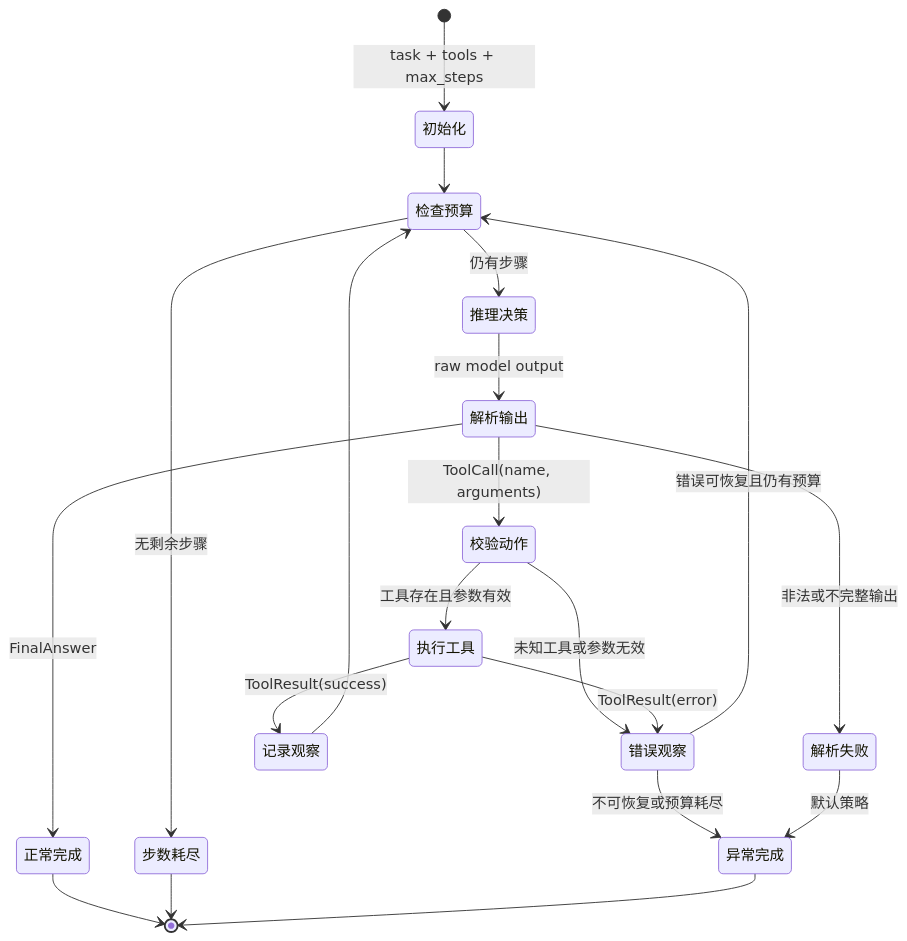
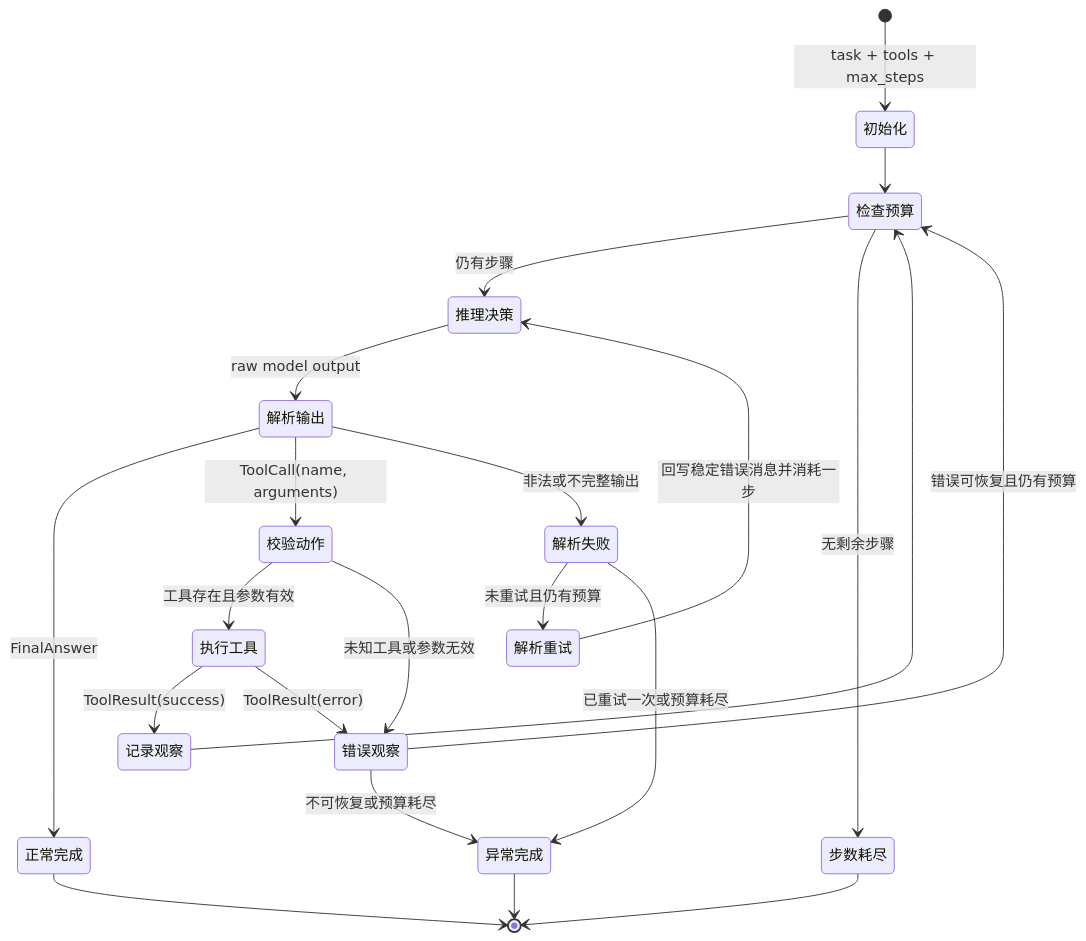
The diagram in docs/architecture/react-loop.md (fufufu11/Self-ReAct), drawn with Mermaid before and after one commit. The commit also changed other lines of this file and 5 other files, not shown here.

````diff
--- a/docs/architecture/react-loop.md
+++ b/docs/architecture/react-loop.md
@@ -37,27 +37,29 @@
 ```mermaid
 stateDiagram-v2
     [*] --> 初始化: task + tools + max_steps
     初始化 --> 检查预算
 
     检查预算 --> 推理决策: 仍有步骤
     检查预算 --> 步数耗尽: 无剩余步骤
 
     推理决策 --> 解析输出: raw model output
     解析输出 --> 正常完成: FinalAnswer
     解析输出 --> 校验动作: ToolCall(name, arguments)
     解析输出 --> 解析失败: 非法或不完整输出
 
     校验动作 --> 执行工具: 工具存在且参数有效
     校验动作 --> 错误观察: 未知工具或参数无效
     执行工具 --> 记录观察: ToolResult(success)
     执行工具 --> 错误观察: ToolResult(error)
 
     记录观察 --> 检查预算
     错误观察 --> 检查预算: 错误可恢复且仍有预算
     错误观察 --> 异常完成: 不可恢复或预算耗尽
-    解析失败 --> 异常完成: 默认策略
+    解析失败 --> 解析重试: 未重试且仍有预算
+    解析失败 --> 异常完成: 已重试一次或预算耗尽
+    解析重试 --> 推理决策: 回写稳定错误消息并消耗一步
 
     正常完成 --> [*]
     步数耗尽 --> [*]
     异常完成 --> [*]
 ```
````
